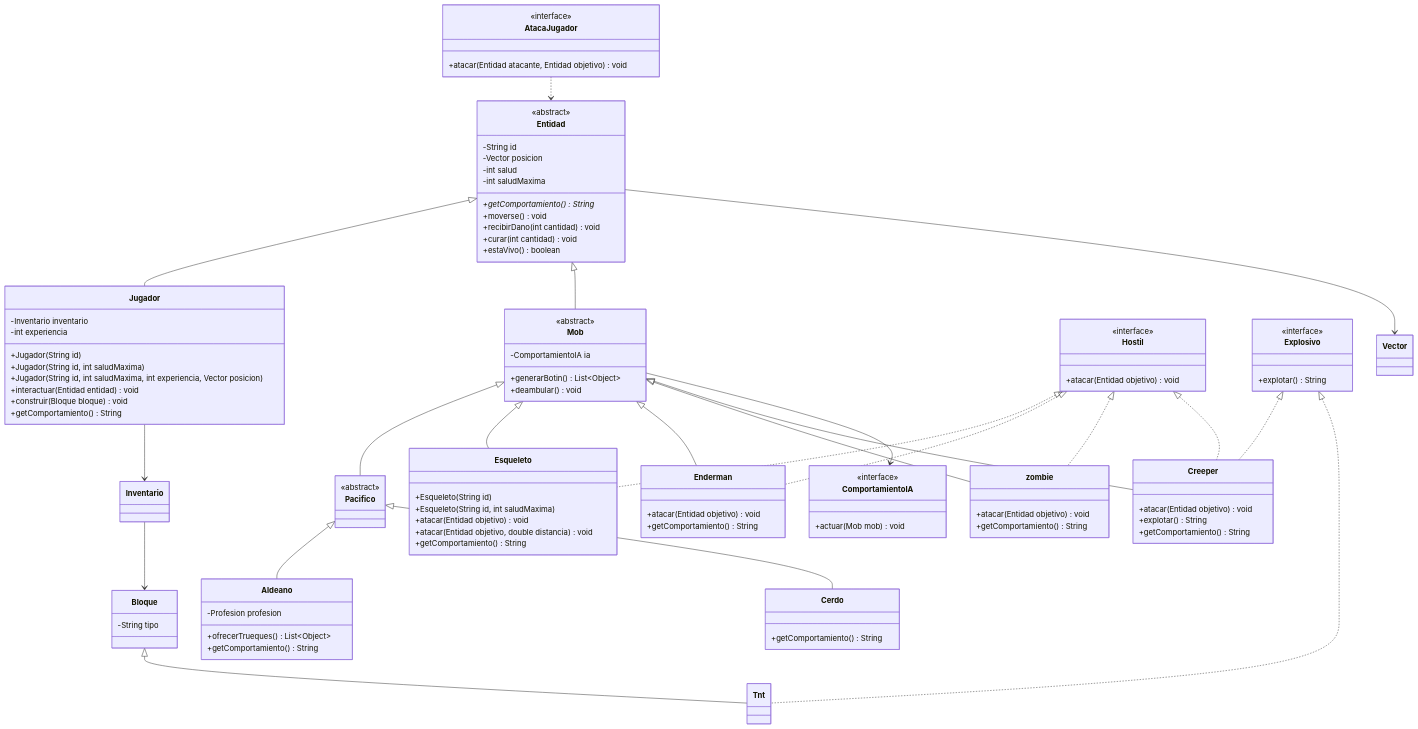
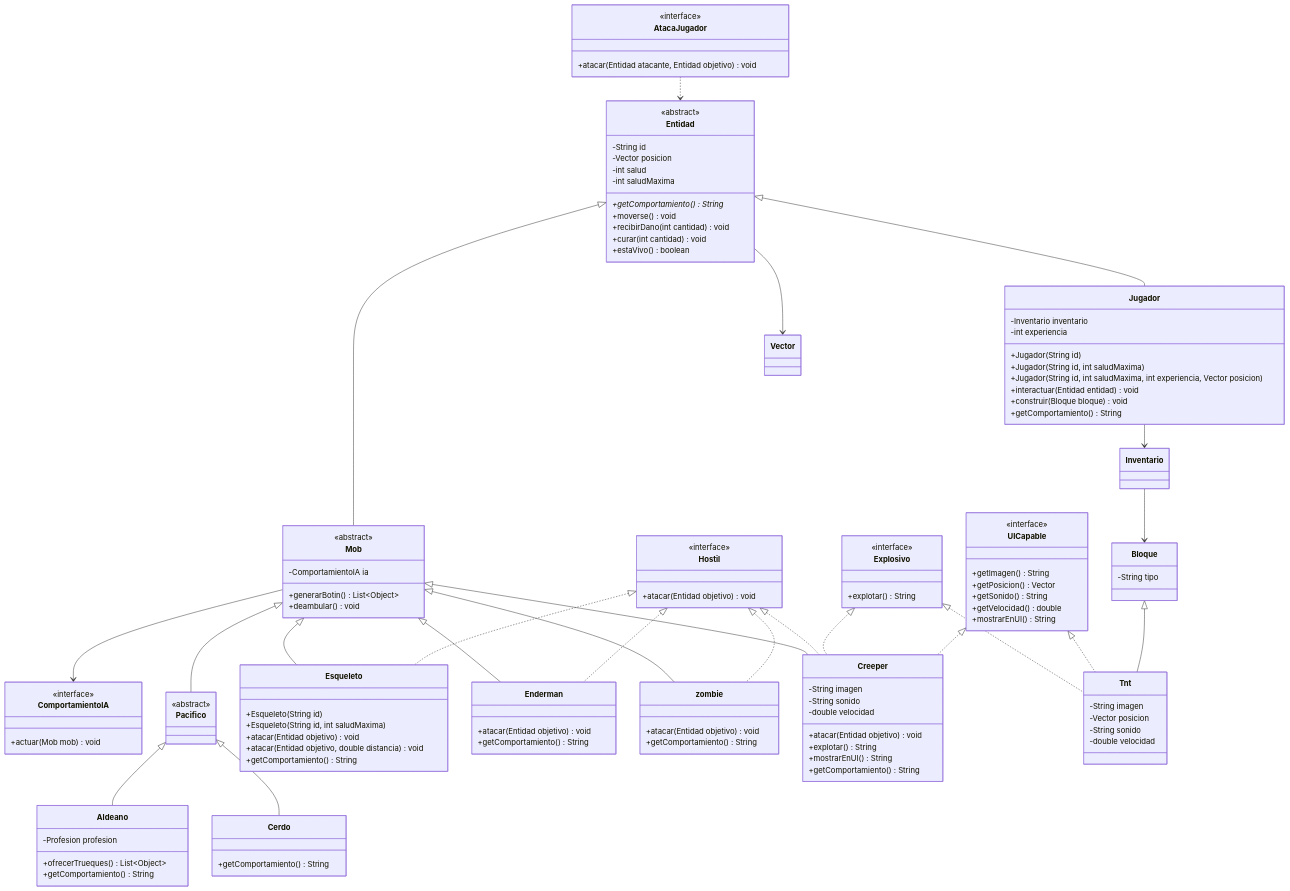
Before and after one commit to LucasFadul/lfadul-tp-lp3-2026: the diagram in README.md, drawn with Mermaid. The commit also changed other lines of this file and 7 other files, not shown here.

```diff
--- a/README.md
+++ b/README.md
@@ -79,6 +80,15 @@
         +explotar() String
     }
 
+    class UICapable {
+        <<interface>>
+        +getImagen() String
+        +getPosicion() Vector
+        +getSonido() String
+        +getVelocidad() double
+        +mostrarEnUI() String
+    }
+
     class Pacifico {
         <<abstract>>
     }
@@ -102,8 +112,12 @@
     }
 
     class Creeper {
+        -String imagen
+        -String sonido
+        -double velocidad
         +atacar(Entidad objetivo) void
         +explotar() String
+        +mostrarEnUI() String
         +getComportamiento() String
     }
 
@@ -112,6 +126,10 @@
     }
 
     class Tnt {
+        -String imagen
+        -Vector posicion
+        -String sonido
+        -double velocidad
     }
 
     class Aldeano {
@@ -139,6 +157,8 @@
     Hostil <|.. Creeper
     Explosivo <|.. Creeper
     Explosivo <|.. Tnt
+    UICapable <|.. Creeper
+    UICapable <|.. Tnt
     Bloque <|-- Tnt
     AtacaJugador ..> Entidad
     Mob --> ComportamientoIA
```
